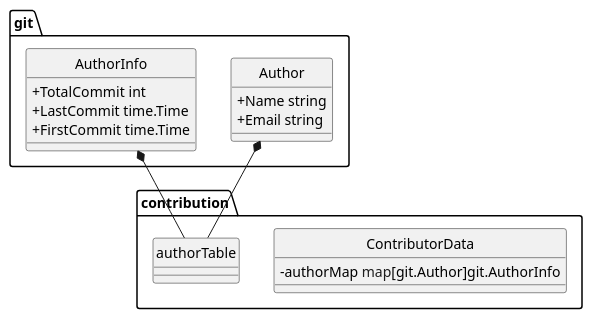
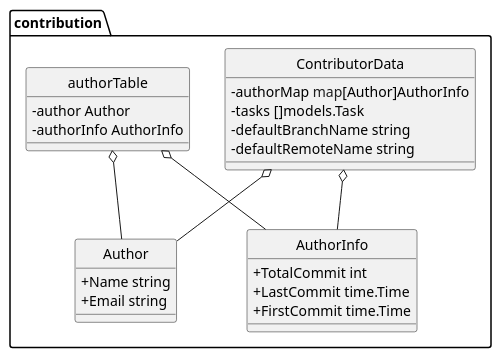
One commit to imdar1/GitMonitor changed the diagram in docs/res/modules/contribution.pu. Above: the diagram before and after it, drawn with PlantUML. The commit also changed 18 other files, not shown here.

Commit message:
Update diagram

```diff
--- a/docs/res/modules/contribution.pu
+++ b/docs/res/modules/contribution.pu
@@ -1,35 +1,40 @@
 @startuml
 top to bottom direction
 skinparam classAttributeIconSize 0
 skinparam DefaultFontName Arial
 skinparam DefaultFontSize 14
 skinparam monochrome true
 hide circle
 
 namespace contribution {
-    class ContributorData << (S,Aquamarine) >> {
-        - authorMap <font color=blue>map</font>[git.Author]git.AuthorInfo
-
-    }
-    class authorTable << (S,Aquamarine) >> {
-    }
-}
-"git.Author" *-- "contribution.authorTable"
-"git.AuthorInfo" *-- "contribution.authorTable"
-
-namespace git {
-    top to bottom direction
     class Author << (S,Aquamarine) >> {
         + Name string
         + Email string
 
     }
     class AuthorInfo << (S,Aquamarine) >> {
         + TotalCommit int
         + LastCommit time.Time
         + FirstCommit time.Time
 
     }
+    class ContributorData << (S,Aquamarine) >> {
+        - authorMap <font color=blue>map</font>[Author]AuthorInfo
+        - tasks []models.Task
+        - defaultBranchName string
+        - defaultRemoteName string
+
+    }
+    class authorTable << (S,Aquamarine) >> {
+        - author Author
+        - authorInfo AuthorInfo
+
+    }
 }
 
+"contribution.ContributorData" o-- "contribution.Author"
+"contribution.ContributorData" o-- "contribution.AuthorInfo" 
+"contribution.authorTable" o-- "contribution.Author"
+"contribution.authorTable" o-- "contribution.AuthorInfo"
+
 @enduml
```
